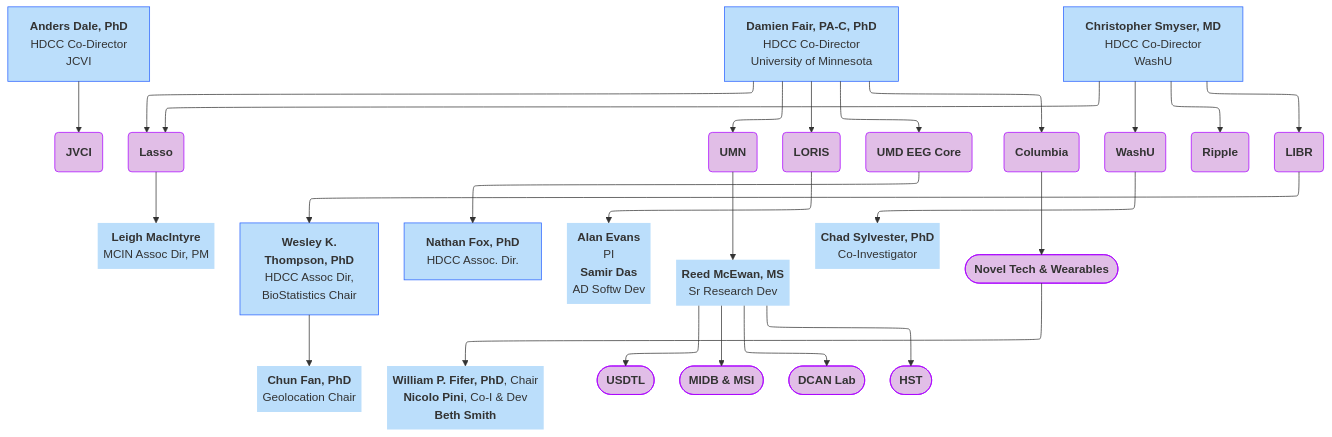
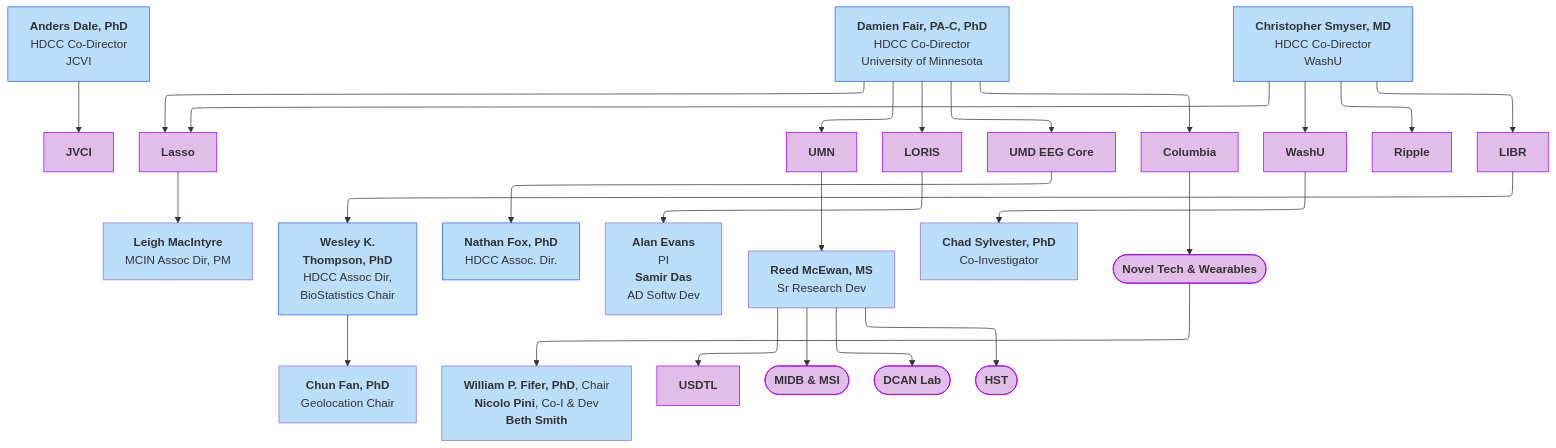
One commit to DCAN-Labs/hbcd-docs-internal changed the second of 3 diagrams in docs/orgcharts_alt.md. Above: the diagram before and after it, drawn with Mermaid.

````diff
--- a/docs/orgcharts_alt.md
+++ b/docs/orgcharts_alt.md
@@ -63,77 +63,58 @@
 ```mermaid
 ---
 config:
   layout: elk
 ---
 flowchart TB
     n2["<b>Anders Dale, PhD<br></b>HDCC Co-Director<br>JCVI"] --> jvci["<b>JVCI</b>"]
     E["<b>Damien Fair, PA-C, PhD</b><br>HDCC Co-Director<br>University of Minnesota"] 
     E --> lasso["<b>Lasso</b>"]
     E --> umn["<b>UMN</b>"]
     E --> n7["<b>LORIS</b>"]
     E --> n8["<b>UMD EEG Core</b>"]
     E --> n11["<b>Columbia</b>"]
     lasso --> lasso1["<b>Leigh MacIntyre</b><br>MCIN Assoc Dir, PM"]
     n1["<b>Christopher Smyser, MD<br></b>HDCC Co-Director<br>WashU"] 
     n1 --> n10["<b>WashU</b><br>"] & ripple["<b>Ripple</b>"] & n12["<b>LIBR</b>"] & lasso
     n16["<b>Wesley K.<br>Thompson, PhD</b><br>HDCC Assoc Dir,<br>BioStatistics Chair"] 
     n16 --> n17["<b>Chun Fan, PhD</b><br>Geolocation Chair"]
     n12 --> n16
     n8 --> n19["<b>Nathan Fox, PhD<br></b>HDCC Assoc. Dir."]
     n7 --> n20["<b>Alan Evans</b><br>PI<br><b>Samir Das</b><br>AD Softw Dev"]
     umn --> reed["<b>Reed McEwan, MS</b><br>Sr Research Dev"]
     n10 --> n22["<b>Chad Sylvester, PhD</b><br>Co-Investigator"]
     n11 --> n23(["<b>Novel Tech &amp; Wearables</b>"])
     n23 --> n18["<b>William P. Fifer, PhD</b>, Chair<br><b>Nicolo Pini</b>, Co-I &amp; Dev<br><b>Beth Smith</b>"]
     reed --> n25["<b>USDTL</b>"] & n26(["<b>MIDB &amp; MSI</b>"]) & n27(["<b>DCAN Lab</b>"]) & n30(["<b>HST</b>"])
     style n2 fill:#BBDEFB,stroke:#2962FF
     style jvci fill:#E1BEE7,stroke:#AA00FF
     style E fill:#BBDEFB,stroke:#2962FF
     style lasso fill:#E1BEE7,stroke:#AA00FF
     style umn fill:#E1BEE7,stroke:#AA00FF
     style n7 fill:#E1BEE7,stroke:#AA00FF
     style n8 fill:#E1BEE7,stroke:#AA00FF
     style n11 fill:#E1BEE7,stroke:#AA00FF
     style lasso1 fill:#BBDEFB
     style n1 fill:#BBDEFB,stroke:#2962FF
     style n10 fill:#E1BEE7,stroke:#AA00FF
     style ripple fill:#E1BEE7,stroke:#AA00FF
     style n12 fill:#E1BEE7,stroke:#AA00FF
     style n16 fill:#BBDEFB,stroke:#2962FF
     style n17 fill:#BBDEFB
     style n19 fill:#BBDEFB,stroke:#2962FF
     style n20 fill:#BBDEFB
     style reed fill:#BBDEFB
     style n22 fill:#BBDEFB
     style n23 fill:#E1BEE7,stroke:#AA00FF
     style n18 fill:#BBDEFB
     style n25 fill:#E1BEE7,stroke:#AA00FF
     style n26 fill:#E1BEE7,stroke:#AA00FF
     style n27 fill:#E1BEE7,stroke:#AA00FF
     style n30 fill:#E1BEE7,stroke:#AA00FF
     click jvci "#j-craig-venter-institute"
     click lasso "#lasso"
     click umn "#university-of-minnesota"
     click n7 "#loris"
     click n8 "#umd-eeg-core"
     click n10 "#washu"
-    jvci@{ shape: rounded}
-    E@{ shape: rect}
-    lasso@{ shape: rounded}
-    umn@{ shape: rounded}
-    n7@{ shape: rounded}
-    n8@{ shape: rounded}
-    n11@{ shape: rounded}
-    lasso1@{ shape: text}
-    n10@{ shape: rounded}
-    ripple@{ shape: rounded}
-    n12@{ shape: rounded}
-    n16@{ shape: rect}
-    n17@{ shape: text}
-    n19@{ shape: rect}
-    n20@{ shape: text}
-    reed@{ shape: text}
-    n22@{ shape: text}
-    n18@{ shape: text}
-    n25@{ shape: stadium}
 ```
````
